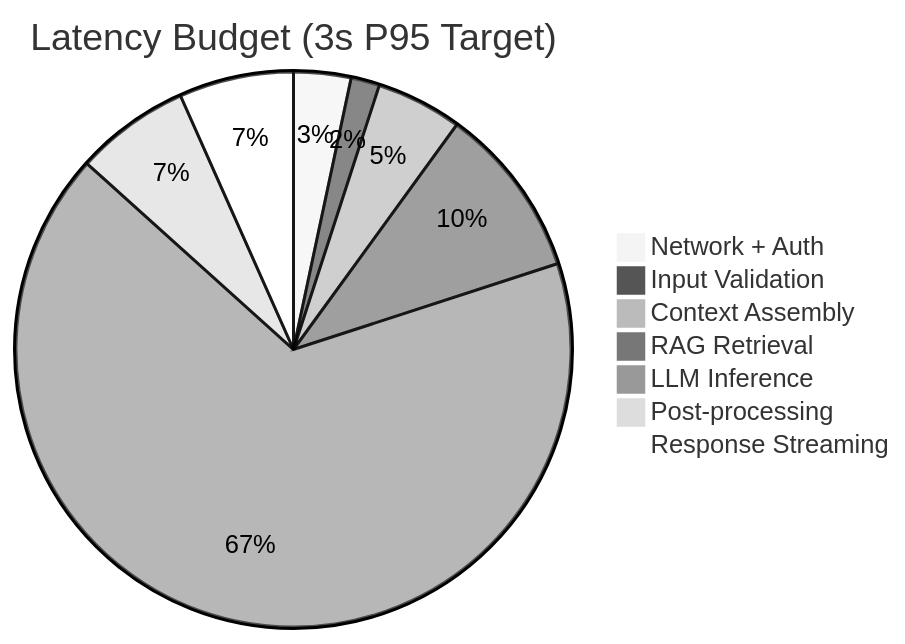
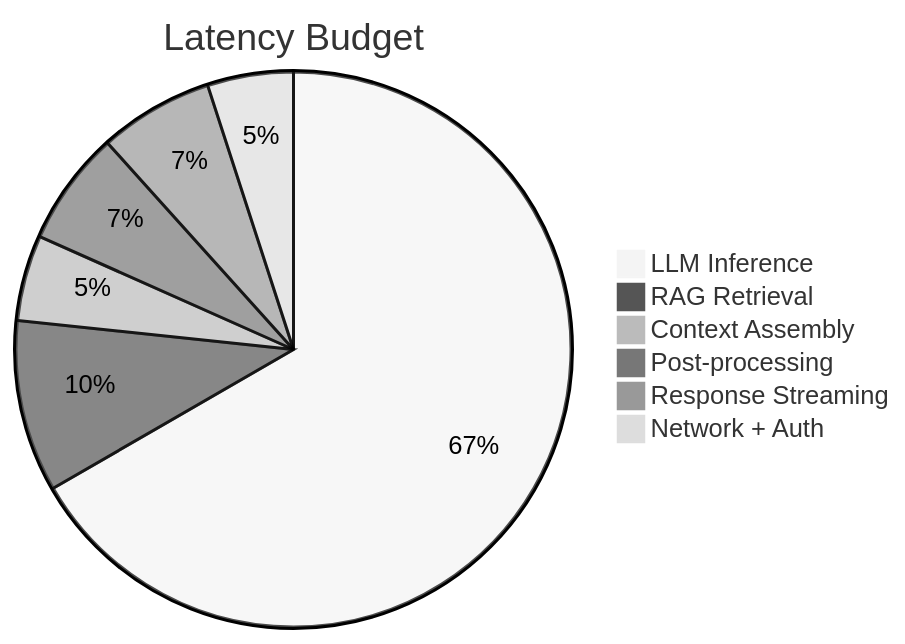
Before and after one commit to Px8Studio/yonja: the diagram in docs/zekalab/09-PERFORMANCE-SLA.md, drawn with Mermaid. The commit also changed other lines of this file and 21 other files, not shown here.

Commit message:
Refactor documentation: Remove outdated welcome UI analysis and update README for ALEM project overview and architecture details

````diff
--- a/docs/zekalab/09-PERFORMANCE-SLA.md
+++ b/docs/zekalab/09-PERFORMANCE-SLA.md
@@ -57,11 +22,10 @@
 ```mermaid
 %%{init: {'theme': 'neutral'}}%%
-pie title Latency Budget (3s P95 Target)
-    "Network + Auth" : 100
-    "Input Validation" : 50
+pie title Latency Budget
+    "LLM Inference" : 2000
+    "RAG Retrieval" : 300
     "Context Assembly" : 150
-    "RAG Retrieval" : 300
-    "LLM Inference" : 2000
     "Post-processing" : 200
     "Response Streaming" : 200
+    "Network + Auth" : 150
 ```
````
